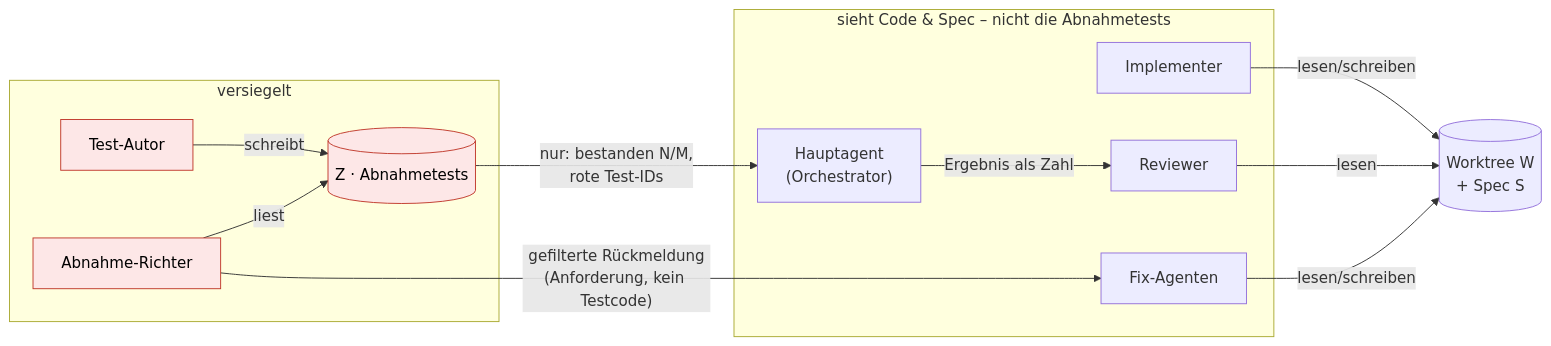
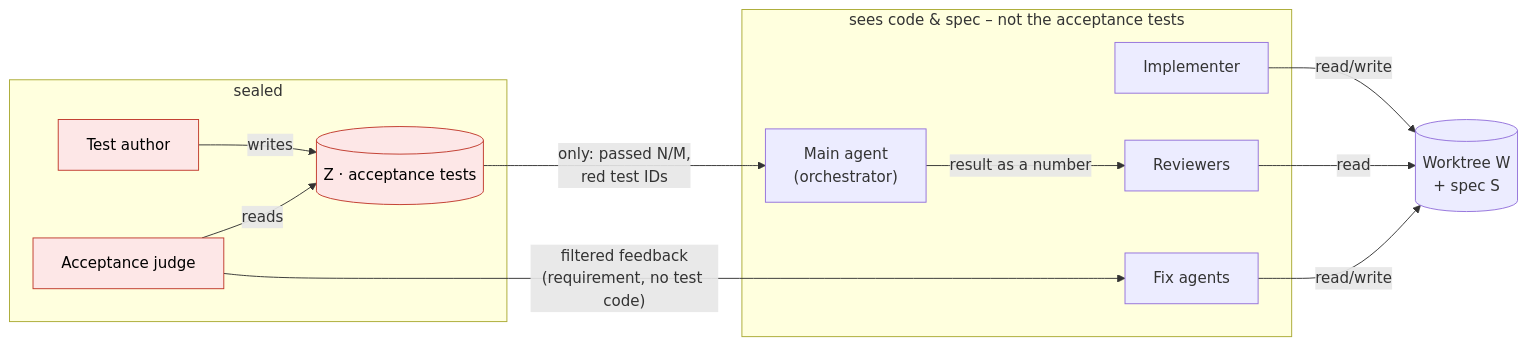
The second of 3 diagrams in README.md (Sighte/factory-skill), drawn with Mermaid before and after one commit. The commit also changed other lines of this file and 5 other files, not shown here.

````diff
--- a/README.md
+++ b/README.md
@@ -48,25 +48,25 @@
 ```mermaid
 flowchart LR
-    subgraph sichtbar["sieht Code & Spec – nicht die Abnahmetests"]
+    subgraph sichtbar["sees code & spec – not the acceptance tests"]
         impl["Implementer"]
-        fix["Fix-Agenten"]
-        rev["Reviewer"]
-        main["Hauptagent<br/>(Orchestrator)"]
+        fix["Fix agents"]
+        rev["Reviewers"]
+        main["Main agent<br/>(orchestrator)"]
     end
-    subgraph versiegelt["versiegelt"]
-        author["Test-Autor"]:::sealed
-        Z[("Z · Abnahmetests")]:::sealed
-        judge["Abnahme-Richter"]:::sealed
+    subgraph versiegelt["sealed"]
+        author["Test author"]:::sealed
+        Z[("Z · acceptance tests")]:::sealed
+        judge["Acceptance judge"]:::sealed
     end
-    W[("Worktree W<br/>+ Spec S")]
+    W[("Worktree W<br/>+ spec S")]
 
-    impl & fix -- "lesen/schreiben" --> W
-    rev -- "lesen" --> W
-    author -- "schreibt" --> Z
-    judge -- "liest" --> Z
-    Z -- "nur: bestanden N/M,<br/>rote Test-IDs" --> main
-    judge -- "gefilterte Rückmeldung<br/>(Anforderung, kein Testcode)" --> fix
-    main -- "Ergebnis als Zahl" --> rev
+    impl & fix -- "read/write" --> W
+    rev -- "read" --> W
+    author -- "writes" --> Z
+    judge -- "reads" --> Z
+    Z -- "only: passed N/M,<br/>red test IDs" --> main
+    judge -- "filtered feedback<br/>(requirement, no test code)" --> fix
+    main -- "result as a number" --> rev
 
     classDef sealed fill:#fde7e7,stroke:#c0392b,color:#000
 ```
````
